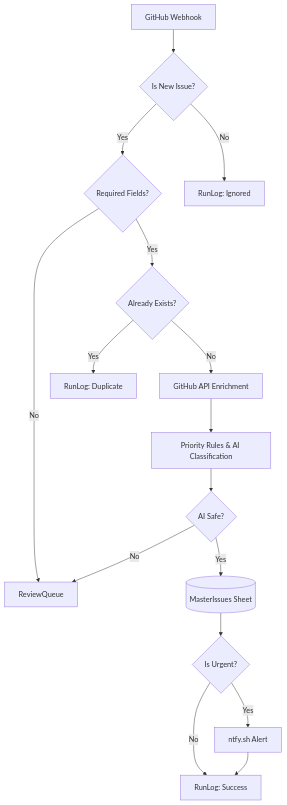
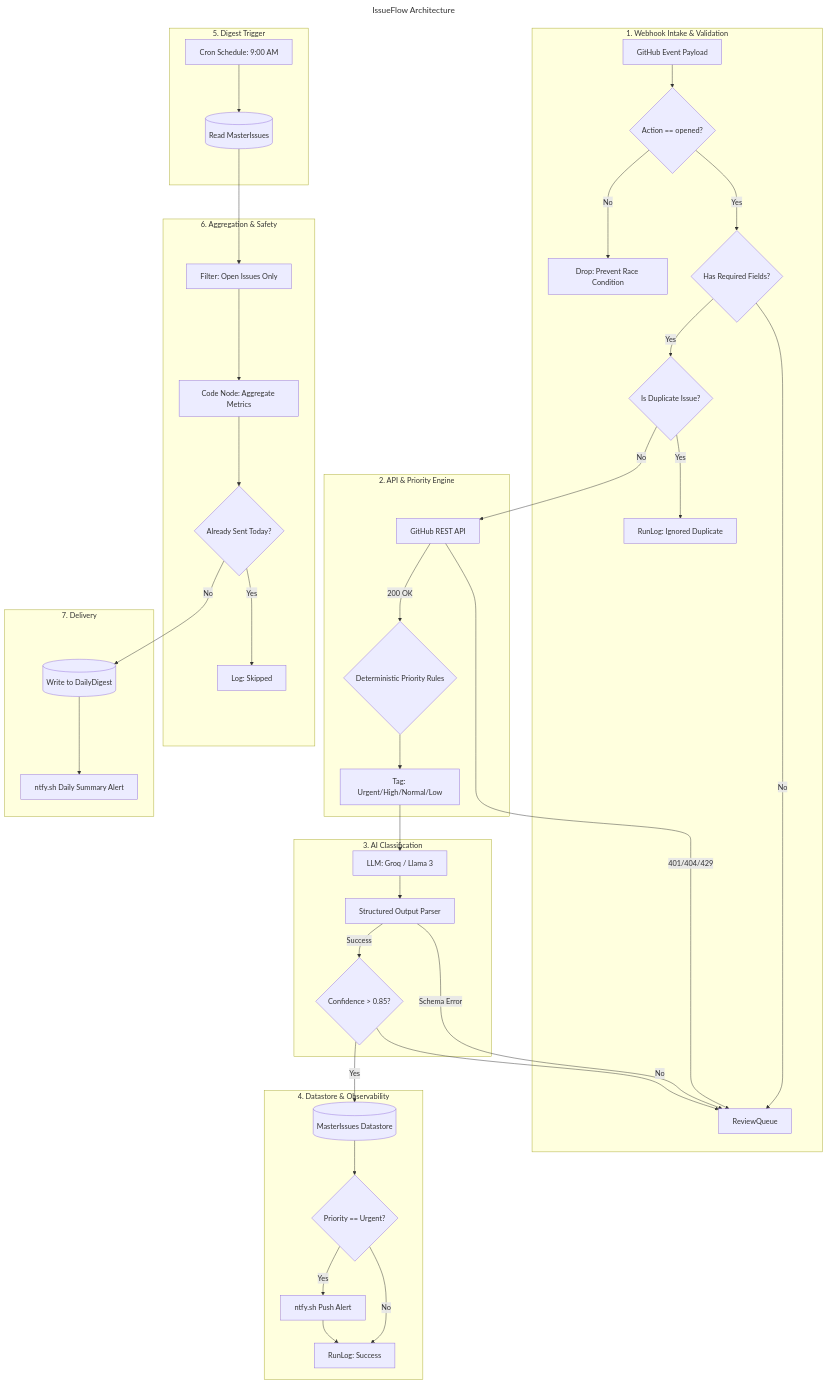
One commit to mehrab-baig/issueflow-n8n-workflow changed the diagram in docs/architecture.mmd. Above: the diagram before and after it, drawn with Mermaid. The commit also changed 10 other files, not shown here.

```diff
--- a/docs/architecture.mmd
+++ b/docs/architecture.mmd
@@ -1,16 +1,54 @@
+---
+title: IssueFlow Architecture
+---
+
 graph TD
-    A[GitHub Webhook] --> B{Is New Issue?}
-    B -- Yes --> C{Required Fields?}
-    B -- No --> D[RunLog: Ignored]
-    C -- Yes --> E{Already Exists?}
-    C -- No --> F[ReviewQueue]
-    E -- No --> G[GitHub API Enrichment]
-    E -- Yes --> H[RunLog: Duplicate]
-    G --> I[Priority Rules & AI Classification]
-    I --> J{AI Safe?}
-    J -- Yes --> K[(MasterIssues Sheet)]
-    J -- No --> F
-    K --> L{Is Urgent?}
-    L -- Yes --> M[ntfy.sh Alert]
-    L -- No --> N[RunLog: Success]
-    M --> N
+    %% WORKFLOW 1: INTAKE & TRIAGE
+    subgraph Intake [1. Webhook Intake & Validation]
+        A[GitHub Event Payload] --> B{Action == opened?}
+        B -- No --> C[Drop: Prevent Race Condition]
+        B -- Yes --> D{Has Required Fields?}
+        D -- No --> E[ReviewQueue]
+        D -- Yes --> F{Is Duplicate Issue?}
+        F -- Yes --> G[RunLog: Ignored Duplicate]
+    end
+
+    subgraph Enrichment [2. API & Priority Engine]
+        F -- No --> H[GitHub REST API]
+        H -- 401/404/429 --> E
+        H -- 200 OK --> I{Deterministic Priority Rules}
+        I --> J[Tag: Urgent/High/Normal/Low]
+    end
+
+    subgraph AI [3. AI Classification]
+        J --> K[LLM: Groq / Llama 3]
+        K --> L[Structured Output Parser]
+        L -- Schema Error --> E
+        L -- Success --> M{Confidence > 0.85?}
+        M -- No --> E
+    end
+
+    subgraph Output [4. Datastore & Observability]
+        M -- Yes --> N[(MasterIssues Datastore)]
+        N --> O{Priority == Urgent?}
+        O -- Yes --> P[ntfy.sh Push Alert]
+        O -- No --> Q[RunLog: Success]
+        P --> Q
+    end
+
+    %% WORKFLOW 2: DAILY DIGEST
+    subgraph DigestTrigger [5. Digest Trigger]
+        Z[Cron Schedule: 9:00 AM] --> Y[(Read MasterIssues)]
+    end
+
+    subgraph DigestLogic [6. Aggregation & Safety]
+        Y --> X[Filter: Open Issues Only]
+        X --> W[Code Node: Aggregate Metrics]
+        W --> V{Already Sent Today?}
+        V -- Yes --> U[Log: Skipped]
+    end
+    
+    subgraph DigestOutput [7. Delivery]
+        V -- No --> T[(Write to DailyDigest)]
+        T --> S[ntfy.sh Daily Summary Alert]
+    end
```
